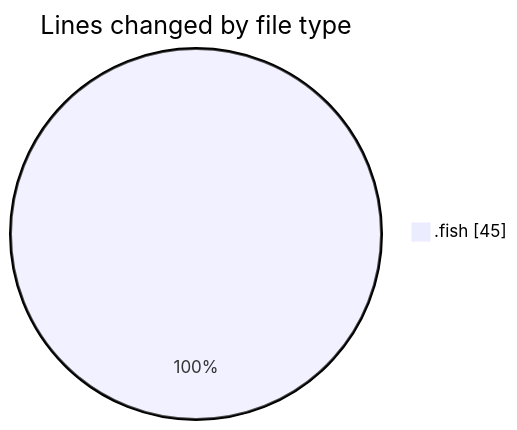
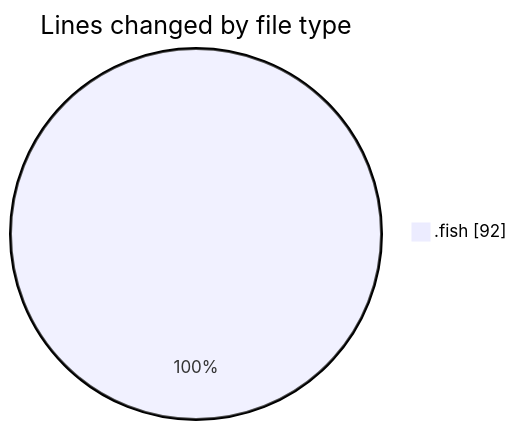
The first of 2 diagrams in 2025-07-28/fish/README.md (EIIisD/code-tracking), drawn with Mermaid before and after one commit. The commit also changed other lines of this file and 1 other file, not shown here.

````diff
--- a/2025-07-28/fish/README.md
+++ b/2025-07-28/fish/README.md
@@ -20,5 +20,5 @@
 ```mermaid
 pie showData
 title Lines changed by file type
-".fish" : 45
+".fish" : 92
 ```
````
